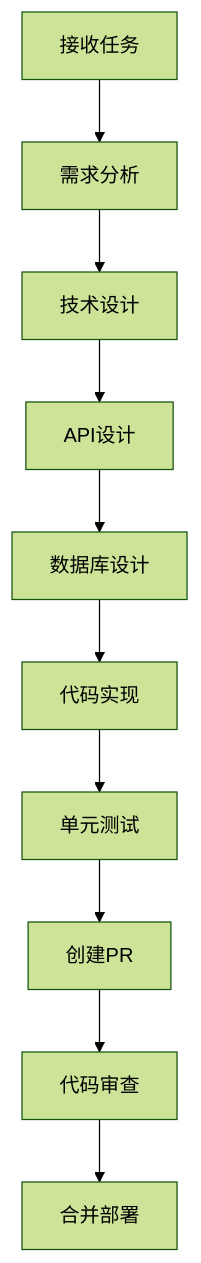
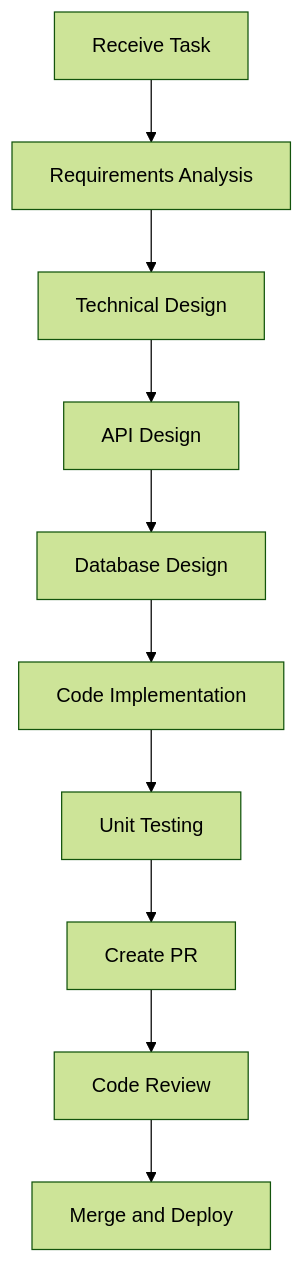
The second of 5 diagrams in docs/level2/role-system.md (fallrising/bee_swarm), drawn with Mermaid (forest theme) before and after one commit. The commit also changed other lines of this file and 8 other files, not shown here.

````diff
--- a/docs/level2/role-system.md
+++ b/docs/level2/role-system.md
@@ -53,12 +53,12 @@
 ```mermaid
 graph TD
-    A[接收任务] --> B[需求分析]
-    B --> C[技术设计]
-    C --> D[API设计]
-    D --> E[数据库设计]
-    E --> F[代码实现]
-    F --> G[单元测试]
-    G --> H[创建PR]
-    H --> I[代码审查]
-    I --> J[合并部署]
+    A[Receive Task] --> B[Requirements Analysis]
+    B --> C[Technical Design]
+    C --> D[API Design]
+    D --> E[Database Design]
+    E --> F[Code Implementation]
+    F --> G[Unit Testing]
+    G --> H[Create PR]
+    H --> I[Code Review]
+    I --> J[Merge and Deploy]
 ```
````
